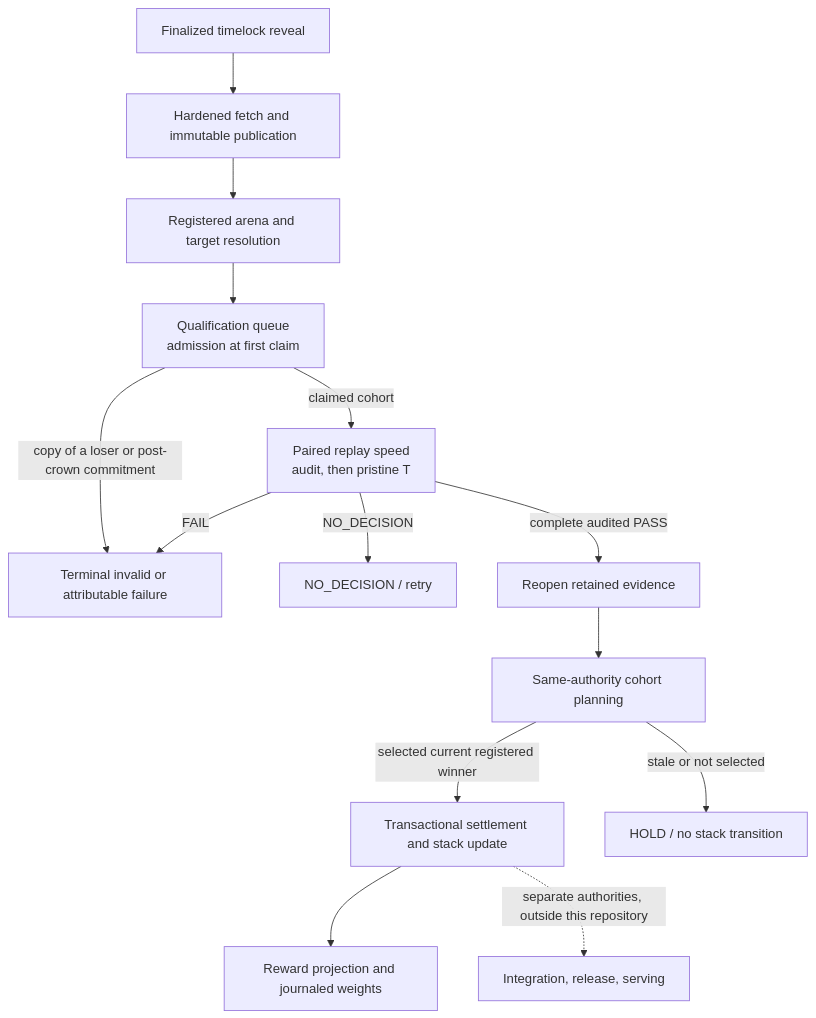
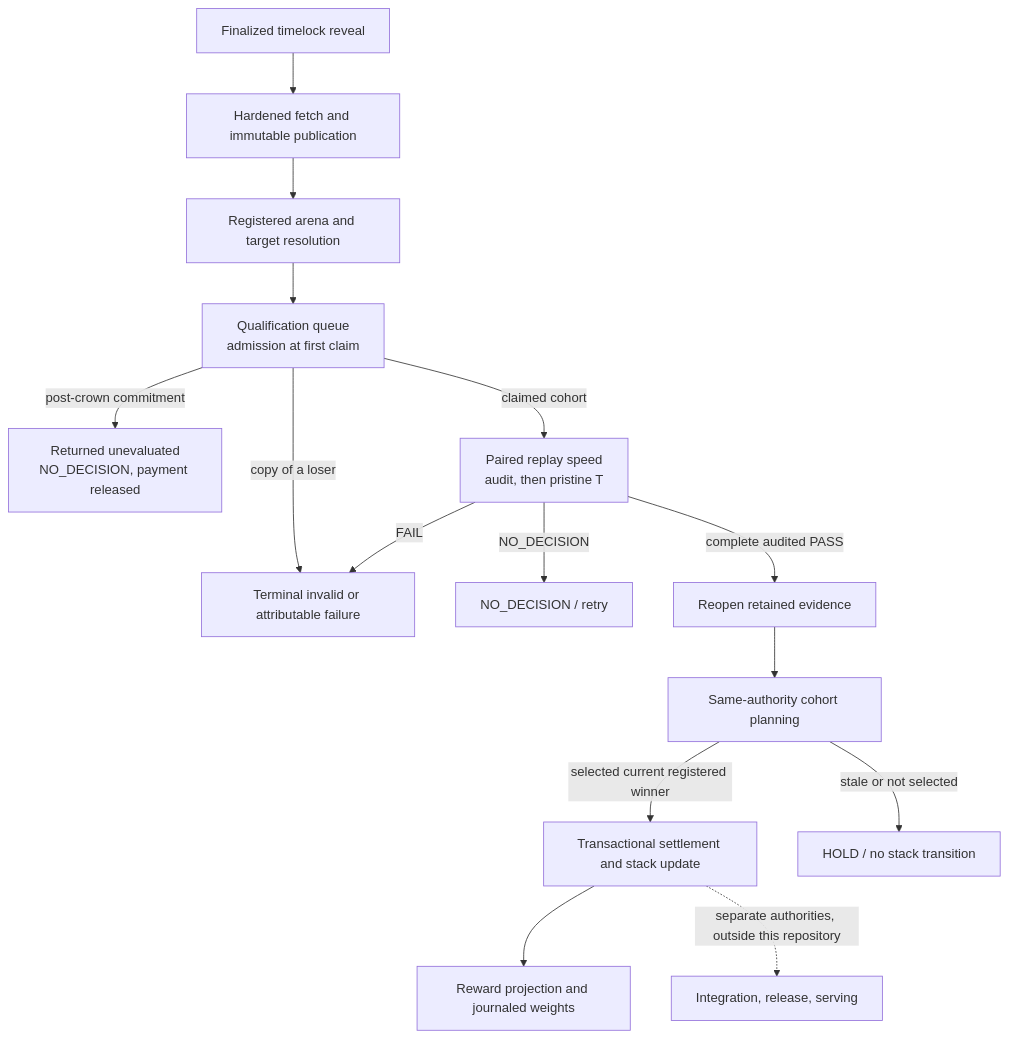
Before and after one commit to latent-to/cacheon: the diagram in docs/architecture/pipeline.md, drawn with Mermaid. The commit also changed other lines of this file and 26 other files, not shown here.

````diff
--- a/docs/architecture/pipeline.md
+++ b/docs/architecture/pipeline.md
@@ -33,16 +33,17 @@
 ```mermaid
 flowchart TD
     A["Finalized timelock reveal"] --> B["Hardened fetch and immutable publication"]
     B --> C["Registered arena and target resolution"]
     C --> D["Qualification queue<br/>admission at first claim"]
-    D -->|"copy of a loser or post-crown commitment"| F["Terminal invalid or attributable failure"]
+    D -->|"copy of a loser"| F["Terminal invalid or attributable failure"]
+    D -->|"post-crown commitment"| X["Returned unevaluated<br/>NO_DECISION, payment released"]
     D -->|"claimed cohort"| Q["Paired replay speed<br/>audit, then pristine T"]
     Q -->|"FAIL"| F
     Q -->|"NO_DECISION"| N["NO_DECISION / retry"]
     Q -->|"complete audited PASS"| S["Reopen retained evidence"]
     S --> G["Same-authority cohort planning"]
     G -->|"selected current registered winner"| T["Transactional settlement and stack update"]
     G -->|"stale or not selected"| H["HOLD / no stack transition"]
     T --> W["Reward projection and journaled weights"]
     T -. "separate authorities, outside this repository" .-> I["Integration, release, serving"]
 ```
````
